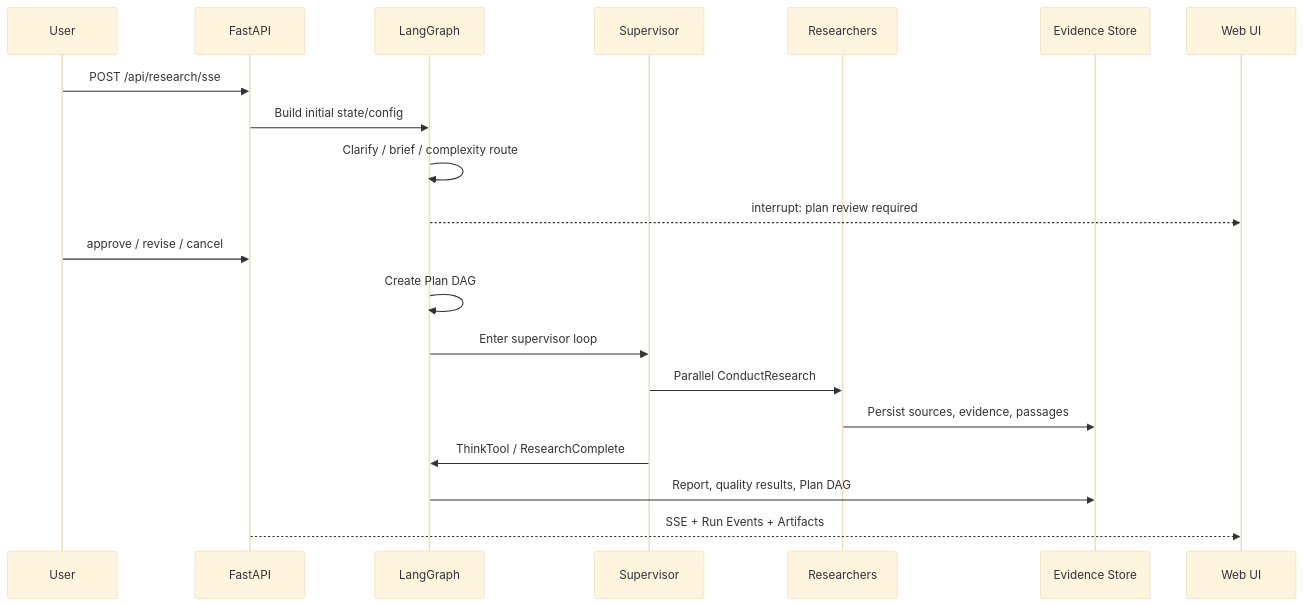
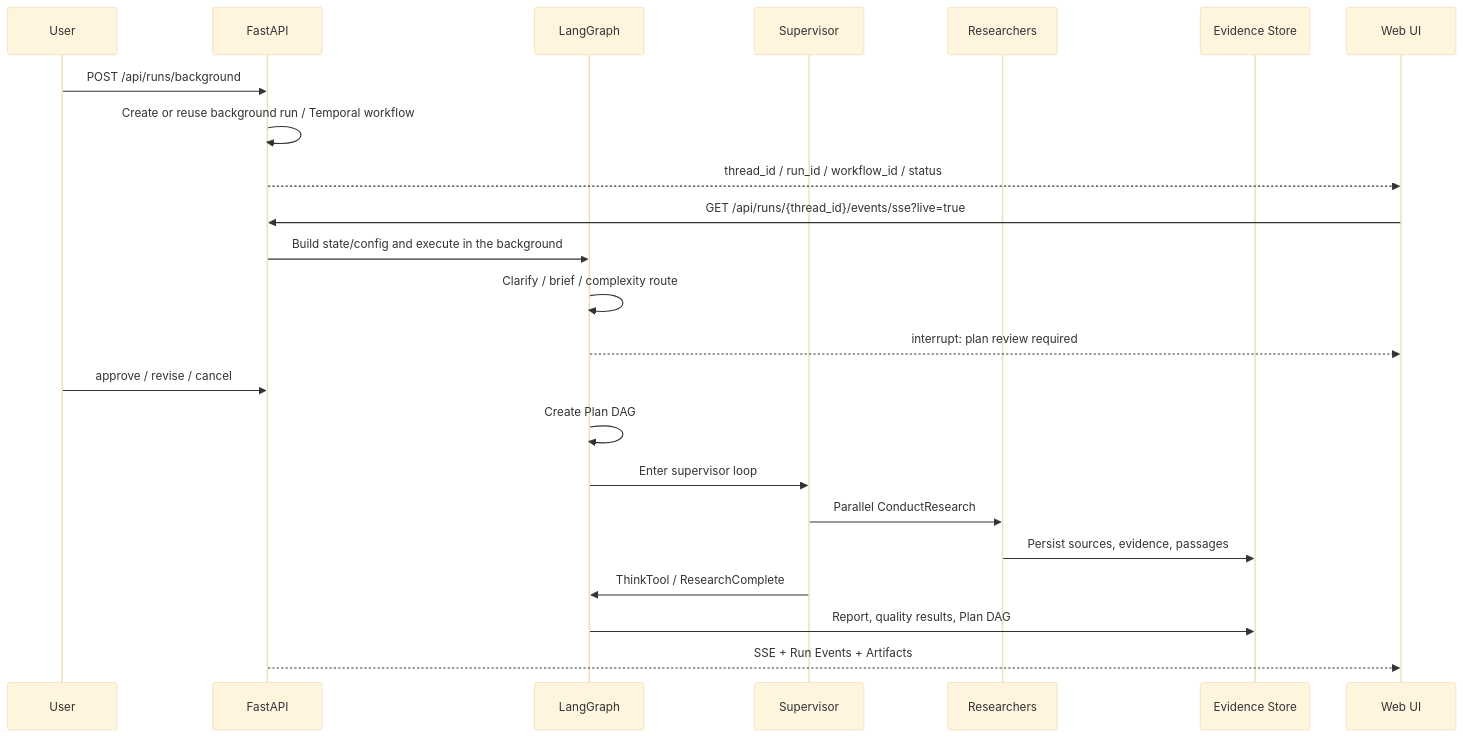
One commit to LittleSongxx/SoulSearcher changed the third of 6 diagrams in README.en.md. Above: the diagram before and after it, drawn with Mermaid (base theme). The commit also changed other lines of this file and 12 other files, not shown here.

````diff
--- a/README.en.md
+++ b/README.en.md
@@ -154,23 +154,26 @@
 ```mermaid
 sequenceDiagram
     participant U as User
     participant API as FastAPI
     participant G as LangGraph
     participant S as Supervisor
     participant R as Researchers
     participant E as Evidence Store
     participant UI as Web UI
 
-    U->>API: POST /api/research/sse
-    API->>G: Build initial state/config
+    U->>API: POST /api/runs/background
+    API->>API: Create or reuse background run / Temporal workflow
+    API-->>UI: thread_id / run_id / workflow_id / status
+    UI->>API: GET /api/runs/{thread_id}/events/sse?live=true
+    API->>G: Build state/config and execute in the background
     G->>G: Clarify / brief / complexity route
     G-->>UI: interrupt: plan review required
     U->>API: approve / revise / cancel
     G->>G: Create Plan DAG
     G->>S: Enter supervisor loop
     S->>R: Parallel ConductResearch
     R->>E: Persist sources, evidence, passages
     S->>G: ThinkTool / ResearchComplete
     G->>E: Report, quality results, Plan DAG
     API-->>UI: SSE + Run Events + Artifacts
 ```
````
